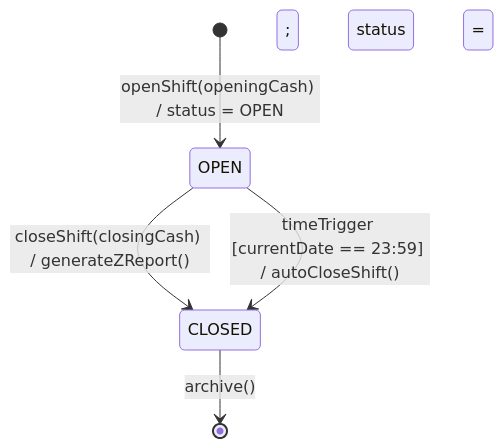
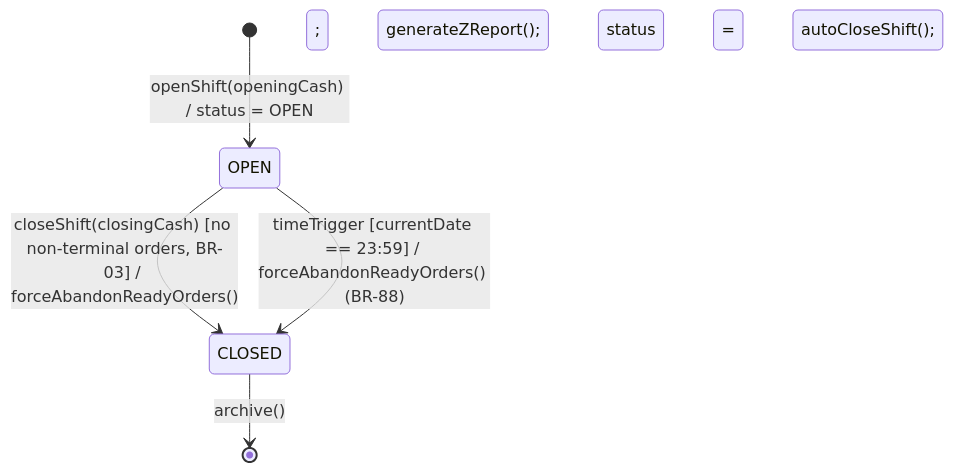
One commit to Shaichi/khoga_cafe changed the sixth of 6 diagrams in docs/rds_sections/10_detailed_3_7_pos_transaction.md. Above: the diagram before and after it, drawn with Mermaid. The commit also changed other lines of this file and 22 other files, not shown here.

````diff
--- a/docs/rds_sections/10_detailed_3_7_pos_transaction.md
+++ b/docs/rds_sections/10_detailed_3_7_pos_transaction.md
@@ -271,10 +308,10 @@
 ```mermaid
 stateDiagram-v2
     [*] --> OPEN : openShift(openingCash) / status = OPEN
 
-    OPEN --> CLOSED : closeShift(closingCash) / generateZReport(); status = CLOSED
+    OPEN --> CLOSED : closeShift(closingCash) [no non-terminal orders, BR-03] / forceAbandonReadyOrders(); generateZReport(); status = CLOSED
 
-    OPEN --> CLOSED : timeTrigger [currentDate == 23:59] / autoCloseShift(); status = CLOSED
+    OPEN --> CLOSED : timeTrigger [currentDate == 23:59] / forceAbandonReadyOrders() (BR-88); autoCloseShift(); status = CLOSED
 
     CLOSED --> [*] : archive()
 ```
````
